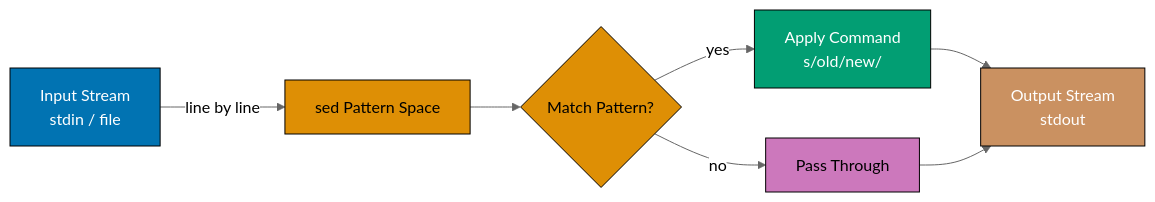
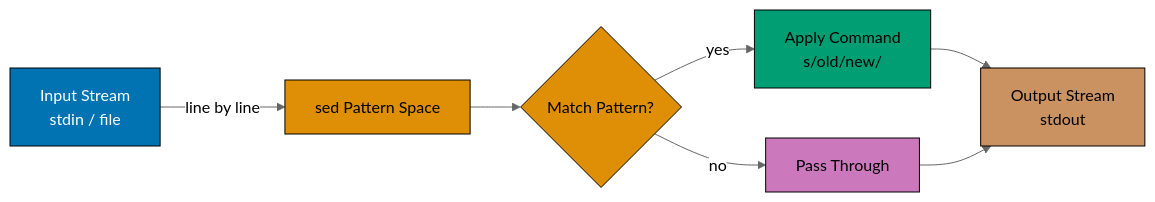
Before and after one commit to wahidyankf/ose-public: the first of 11 diagrams in apps/ayokoding-www/content/en/learn/legacy/software-engineering/platforms/linux/tools/shell/by-example/intermediate.md, drawn with Mermaid (neutral theme). The commit also changed other lines of this file and 130 other files, not shown here.

First line of the commit message:
fix(mermaid): bring the legacy platforms diagrams onto the accessible palette

````diff
--- a/apps/ayokoding-www/content/en/learn/legacy/software-engineering/platforms/linux/tools/shell/by-example/intermediate.md
+++ b/apps/ayokoding-www/content/en/learn/legacy/software-engineering/platforms/linux/tools/shell/by-example/intermediate.md
@@ -22,17 +22,25 @@
 ```mermaid
 %% Color Palette: Blue #0173B2, Orange #DE8F05, Teal #029E73, Purple #CC78BC, Brown #CA9161
 graph LR
+    accTitle: Diagram
+    accDescr: Graph with 6 nodes and 6 connections. Nodes: Input Stream stdin / file, sed Pattern Space, Match Pattern?, Apply Command s/old/new/, Pass Through, Output Stream stdout. Connections: Input Stream stdin / file to sed Pattern Space (line by line), sed Pattern Space to Match Pattern?, Match Pattern? to Apply Command s/old/new/ (yes), Match Pattern? to Pass Through (no), Apply Command s/old/new/ to Output Stream stdout, Pass Through to Output Stream stdout.
     A[Input Stream<br/>stdin / file] -->|line by line| B[sed Pattern Space]
     B --> C{Match Pattern?}
     C -->|yes| D[Apply Command<br/>s/old/new/]
     C -->|no| E[Pass Through]
     D --> F[Output Stream<br/>stdout]
     E --> F
 
-    style A fill:#0173B2,stroke:#000,color:#fff
-    style B fill:#DE8F05,stroke:#000,color:#000
-    style C fill:#DE8F05,stroke:#000,color:#000
-    style D fill:#029E73,stroke:#000,color:#fff
-    style E fill:#CC78BC,stroke:#000,color:#000
-    style F fill:#CA9161,stroke:#000,color:#fff
+    classDef pal-0173B2 fill:#0173B2,stroke:#000000,color:#FFFFFF
+    class A pal-0173B2
+    classDef pal-DE8F05 fill:#DE8F05,stroke:#000000,color:#000000
+    class B pal-DE8F05
+    class C pal-DE8F05
+    classDef pal-029E73 fill:#029E73,stroke:#000000,color:#000000
+    class D pal-029E73
+    classDef pal-CC78BC fill:#CC78BC,stroke:#000000,color:#000000
+    class E pal-CC78BC
+    classDef pal-CA9161 fill:#CA9161,stroke:#000000,color:#000000
+    class F pal-CA9161
+    classDef default fill:#FFFFFF,stroke:#000000,color:#000000
 ```
````
